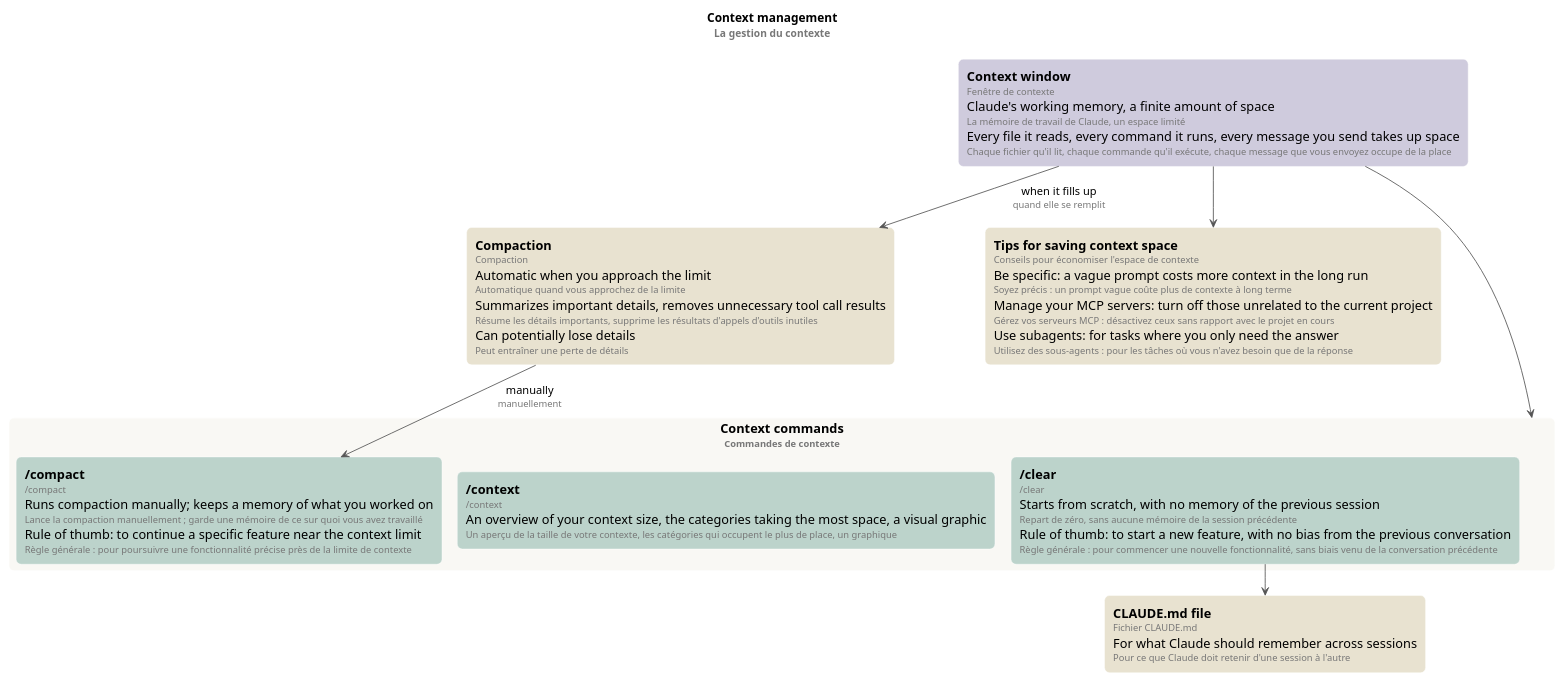
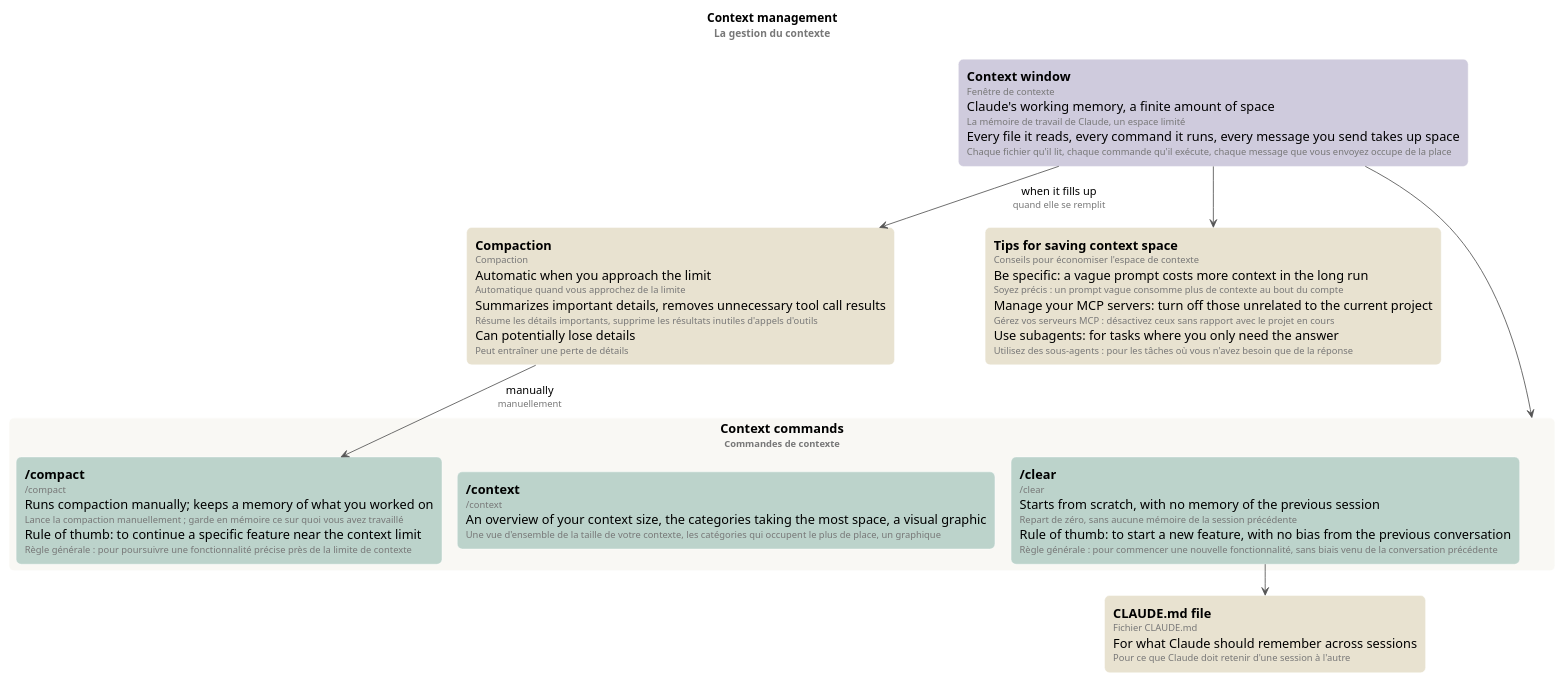
One commit to ltruchot/anthropic-academy-ai-glossary changed the diagram in 06-claude-code-101/mindmap/context-management.puml. Above: the diagram before and after it, drawn with PlantUML. The commit also changed 13 other files, not shown here.

```diff
--- a/06-claude-code-101/mindmap/context-management.puml
+++ b/06-claude-code-101/mindmap/context-management.puml
@@ -1,38 +1,38 @@
 @startuml context-management
 ' Rendered with PlantUML, smetana layout (no Graphviz needed).
 !pragma layout smetana
 
 skinparam defaultFontName Helvetica
 skinparam shadowing false
 skinparam roundCorner 12
 skinparam ArrowColor #555555
 skinparam rectangle {
   BorderColor #FFFFFF
   FontSize 15
 }
 <style>
 rectangle {
   MinimumWidth 230
 }
 </style>
 
 title Context management\n<size:12><color:#777>La gestion du contexte</color></size>
 
 rectangle "**Context window**\n<size:11><color:#777>Fenêtre de contexte</color></size>\nClaude's working memory, a finite amount of space\n<size:11><color:#777>La mémoire de travail de Claude, un espace limité</color></size>\nEvery file it reads, every command it runs, every message you send takes up space\n<size:11><color:#777>Chaque fichier qu'il lit, chaque commande qu'il exécute, chaque message que vous envoyez occupe de la place</color></size>" as CW #CFCBDD
-rectangle "**Compaction**\n<size:11><color:#777>Compaction</color></size>\nAutomatic when you approach the limit\n<size:11><color:#777>Automatique quand vous approchez de la limite</color></size>\nSummarizes important details, removes unnecessary tool call results\n<size:11><color:#777>Résume les détails importants, supprime les résultats d'appels d'outils inutiles</color></size>\nCan potentially lose details\n<size:11><color:#777>Peut entraîner une perte de détails</color></size>" as CP #E8E2D0
+rectangle "**Compaction**\n<size:11><color:#777>Compaction</color></size>\nAutomatic when you approach the limit\n<size:11><color:#777>Automatique quand vous approchez de la limite</color></size>\nSummarizes important details, removes unnecessary tool call results\n<size:11><color:#777>Résume les détails importants, supprime les résultats inutiles d'appels d'outils</color></size>\nCan potentially lose details\n<size:11><color:#777>Peut entraîner une perte de détails</color></size>" as CP #E8E2D0
 rectangle "**Context commands**\n<size:11><color:#777>Commandes de contexte</color></size>" as CMD #F9F8F4 {
-  rectangle "**/compact**\n<size:11><color:#777>/compact</color></size>\nRuns compaction manually; keeps a memory of what you worked on\n<size:11><color:#777>Lance la compaction manuellement ; garde une mémoire de ce sur quoi vous avez travaillé</color></size>\nRule of thumb: to continue a specific feature near the context limit\n<size:11><color:#777>Règle générale : pour poursuivre une fonctionnalité précise près de la limite de contexte</color></size>" as C1 #BCD3CB
+  rectangle "**/compact**\n<size:11><color:#777>/compact</color></size>\nRuns compaction manually; keeps a memory of what you worked on\n<size:11><color:#777>Lance la compaction manuellement ; garde en mémoire ce sur quoi vous avez travaillé</color></size>\nRule of thumb: to continue a specific feature near the context limit\n<size:11><color:#777>Règle générale : pour poursuivre une fonctionnalité précise près de la limite de contexte</color></size>" as C1 #BCD3CB
   rectangle "**/clear**\n<size:11><color:#777>/clear</color></size>\nStarts from scratch, with no memory of the previous session\n<size:11><color:#777>Repart de zéro, sans aucune mémoire de la session précédente</color></size>\nRule of thumb: to start a new feature, with no bias from the previous conversation\n<size:11><color:#777>Règle générale : pour commencer une nouvelle fonctionnalité, sans biais venu de la conversation précédente</color></size>" as C2 #BCD3CB
-  rectangle "**/context**\n<size:11><color:#777>/context</color></size>\nAn overview of your context size, the categories taking the most space, a visual graphic\n<size:11><color:#777>Un aperçu de la taille de votre contexte, les catégories qui occupent le plus de place, un graphique</color></size>" as C3 #BCD3CB
+  rectangle "**/context**\n<size:11><color:#777>/context</color></size>\nAn overview of your context size, the categories taking the most space, a visual graphic\n<size:11><color:#777>Une vue d'ensemble de la taille de votre contexte, les catégories qui occupent le plus de place, un graphique</color></size>" as C3 #BCD3CB
 }
-rectangle "**Tips for saving context space**\n<size:11><color:#777>Conseils pour économiser l'espace de contexte</color></size>\nBe specific: a vague prompt costs more context in the long run\n<size:11><color:#777>Soyez précis : un prompt vague coûte plus de contexte à long terme</color></size>\nManage your MCP servers: turn off those unrelated to the current project\n<size:11><color:#777>Gérez vos serveurs MCP : désactivez ceux sans rapport avec le projet en cours</color></size>\nUse subagents: for tasks where you only need the answer\n<size:11><color:#777>Utilisez des sous-agents : pour les tâches où vous n'avez besoin que de la réponse</color></size>" as TIPS #E8E2D0
+rectangle "**Tips for saving context space**\n<size:11><color:#777>Conseils pour économiser l'espace de contexte</color></size>\nBe specific: a vague prompt costs more context in the long run\n<size:11><color:#777>Soyez précis : un prompt vague consomme plus de contexte au bout du compte</color></size>\nManage your MCP servers: turn off those unrelated to the current project\n<size:11><color:#777>Gérez vos serveurs MCP : désactivez ceux sans rapport avec le projet en cours</color></size>\nUse subagents: for tasks where you only need the answer\n<size:11><color:#777>Utilisez des sous-agents : pour les tâches où vous n'avez besoin que de la réponse</color></size>" as TIPS #E8E2D0
 rectangle "**CLAUDE.md file**\n<size:11><color:#777>Fichier CLAUDE.md</color></size>\nFor what Claude should remember across sessions\n<size:11><color:#777>Pour ce que Claude doit retenir d'une session à l'autre</color></size>" as MD #E8E2D0
 
 ' The window fills, compaction answers; the three commands; what keeps it from filling.
 CW --> CP : when it fills up\n<size:11><color:#777>quand elle se remplit</color></size>
 CW --> CMD
 CP --> C1 : manually\n<size:11><color:#777>manuellement</color></size>
 CW --> TIPS
 C2 --> MD
 
 @enduml
```
